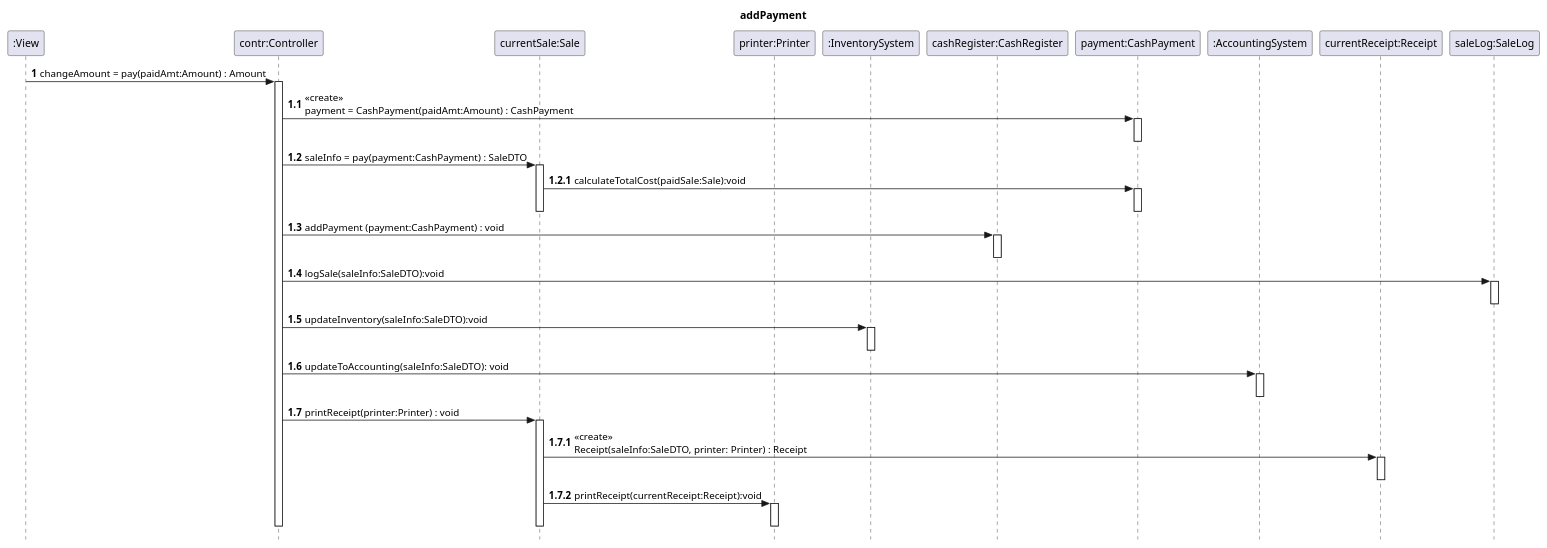
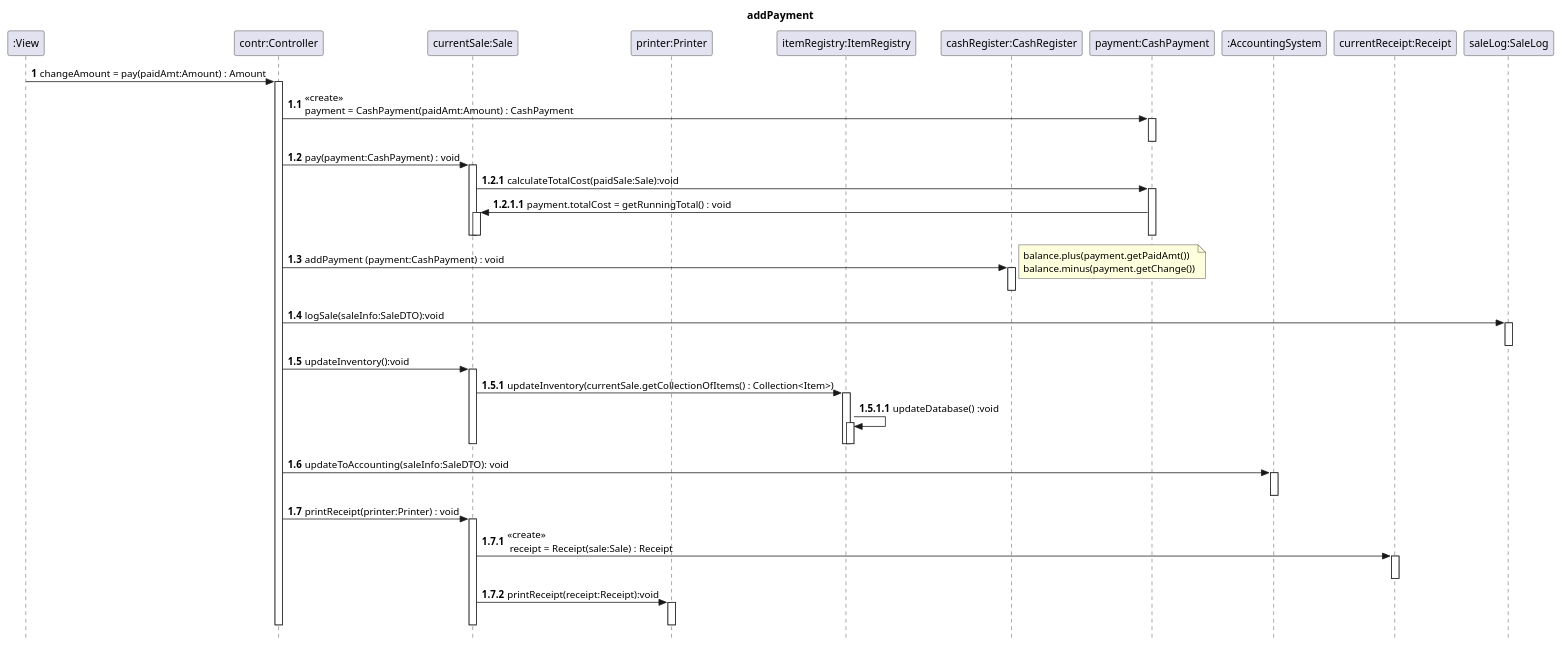
Before and after one commit to VincentFerrigan/kth-iv1350-object-oriented-design: the eighth of 8 diagrams in uml/uml_v3.puml, drawn with PlantUML. The commit also changed other lines of this file, not shown here.

Commit message:
Updating uml. Not fully updated yet. What to do with SaleDTO? TODO: package privates and end of sale.

```diff
--- a/uml/uml_v3.puml
+++ b/uml/uml_v3.puml
@@ -471,66 +539,80 @@
 @startuml
 skinparam style strictuml
 title addPayment
 
 participant ":View" as View
 participant "contr:Controller" as contr
 participant "currentSale:Sale" as currentSale
 participant "printer:Printer" as printer
-participant ":InventorySystem" as InventorySystem
+participant "itemRegistry:ItemRegistry" as itemRegistry
 participant "cashRegister:CashRegister" as cashRegister
 participant "payment:CashPayment" as payment
 participant ":AccountingSystem" as AccountingSystem
 participant "currentReceipt:Receipt" as currentReceipt
 participant "saleLog:SaleLog" as saleLog
 
 
 autonumber 1
 'View -> contr : changeAmount = pay(payment:CashPayment) : Amount
 View -> contr : changeAmount = pay(paidAmt:Amount) : Amount
 activate contr
 autonumber 1.1
 contr -> payment : <<create>> \npayment = CashPayment(paidAmt:Amount) : CashPayment
 activate payment
 deactivate payment
 autonumber 1.2
-contr -> currentSale : saleInfo = pay(payment:CashPayment) : SaleDTO
+contr -> currentSale : pay(payment:CashPayment) : void
 activate currentSale
 autonumber 1.2.1
 currentSale -> payment : calculateTotalCost(paidSale:Sale):void
 activate payment
+autonumber 1.2.1.1
+payment -> currentSale : payment.totalCost = getRunningTotal() : void
+activate currentSale
+deactivate currentSale
 deactivate payment
 deactivate currentSale
 autonumber 1.3
 contr -> cashRegister : addPayment (payment:CashPayment) : void
 activate cashRegister
+autonumber 1.3.1
+note right : balance.plus(payment.getPaidAmt())\nbalance.minus(payment.getChange())
 deactivate cashRegister
 
 
 autonumber 1.4
 contr -> saleLog:logSale(saleInfo:SaleDTO):void
 activate saleLog
 deactivate saleLog
 
 autonumber 1.5
-contr -> InventorySystem : updateInventory(saleInfo:SaleDTO):void
-activate InventorySystem
-deactivate InventorySystem
+contr -> currentSale : updateInventory():void
+activate currentSale
+autonumber 1.5.1
+currentSale -> itemRegistry : updateInventory(currentSale.getCollectionOfItems() : Collection<Item>)
+activate itemRegistry
+autonumber 1.5.1.1
+itemRegistry -> itemRegistry : updateDatabase() :void
+activate itemRegistry
+deactivate itemRegistry
+deactivate itemRegistry
+deactivate currentSale
 autonumber 1.6
 contr -> AccountingSystem : updateToAccounting(saleInfo:SaleDTO): void
 activate AccountingSystem
 deactivate AccountingSystem
 autonumber 1.7
 contr -> currentSale : printReceipt(printer:Printer) : void
 activate currentSale
 autonumber 1.7.1
-currentSale -> currentReceipt : <<create>>\nReceipt(saleInfo:SaleDTO, printer: Printer) : Receipt
+currentSale -> currentReceipt : <<create>>\n receipt = Receipt(sale:Sale) : Receipt
 activate currentReceipt
 deactivate currentReceipt
 autonumber 1.7.2
-currentSale -> printer :printReceipt(currentReceipt:Receipt):void
+currentSale -> printer :printReceipt(receipt:Receipt):void
 activate printer
 deactivate printer
 deactivate currentSale
 deactivate contr
 autonumber stop
 @enduml
```
